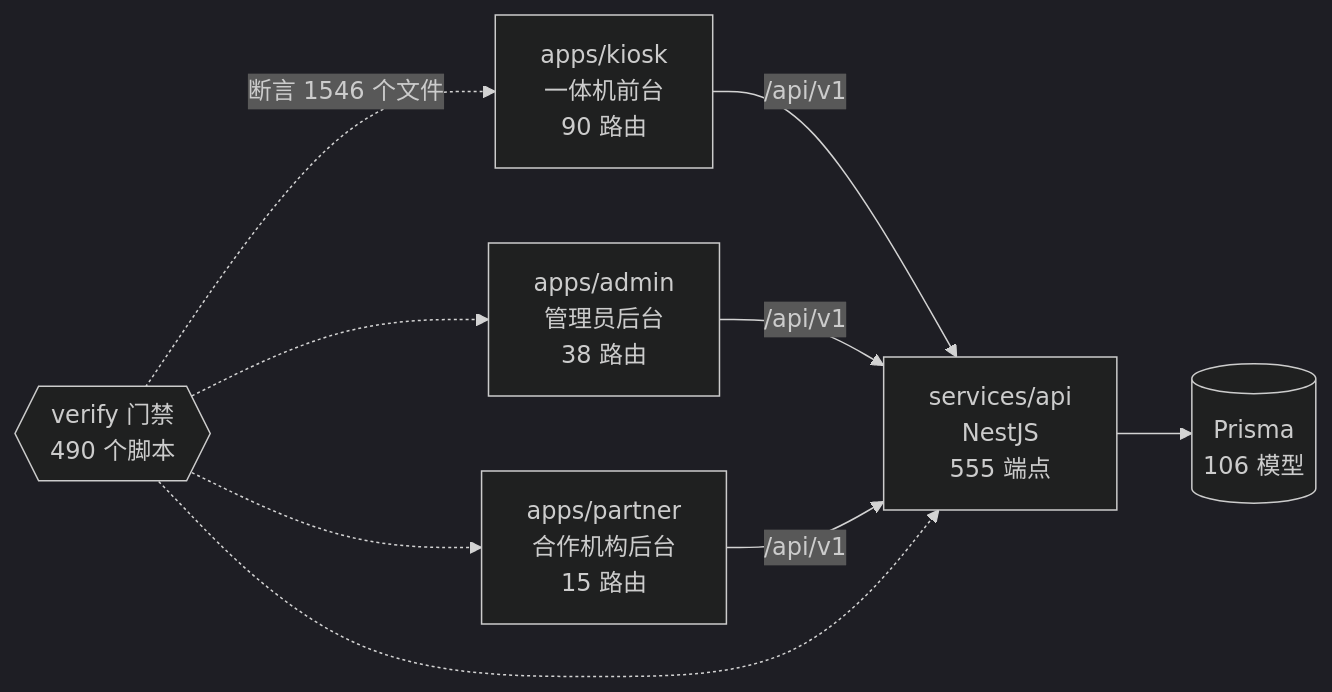
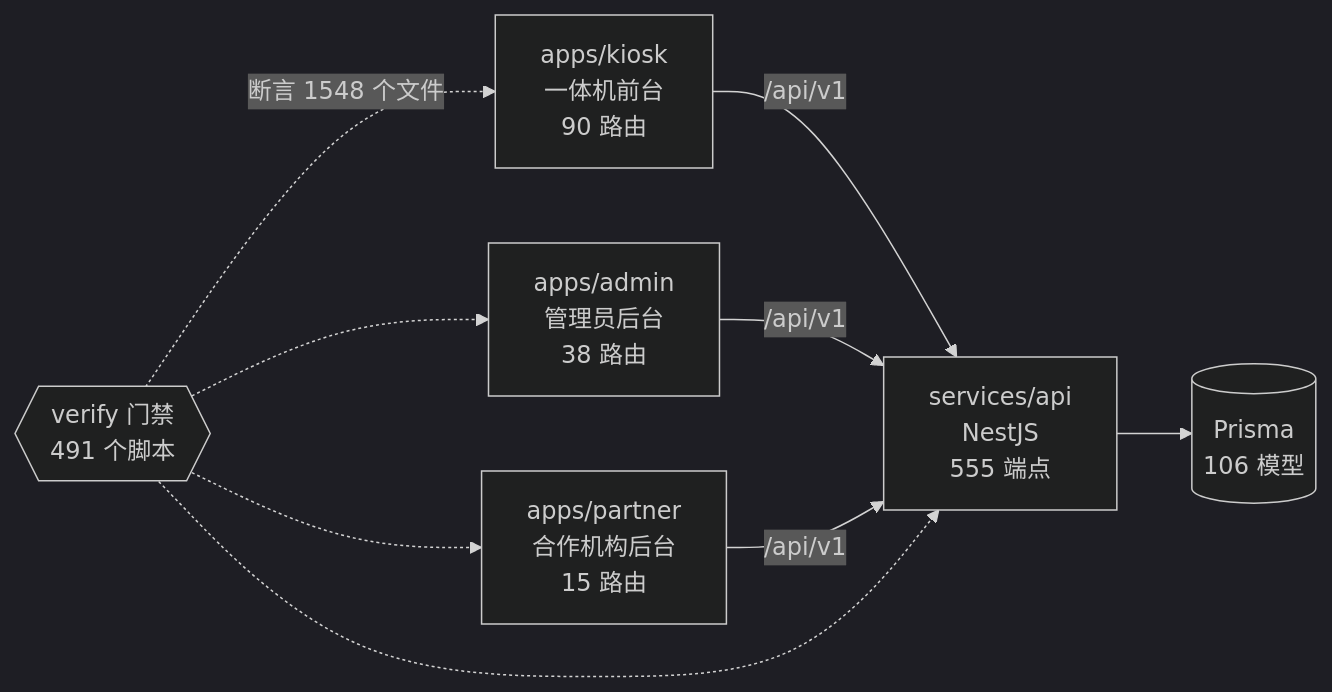
The diagram in docs/graph/README.md (wanglei581/YITIJI), drawn with Mermaid (dark theme) before and after one commit. The commit also changed other lines of this file and 12 other files, not shown here.

````diff
--- a/docs/graph/README.md
+++ b/docs/graph/README.md
@@ -68,18 +68,18 @@
 ```mermaid
 flowchart LR
   kiosk["apps/kiosk<br/>一体机前台<br/>90 路由"]
   admin["apps/admin<br/>管理员后台<br/>38 路由"]
   partner["apps/partner<br/>合作机构后台<br/>15 路由"]
   api["services/api<br/>NestJS<br/>555 端点"]
   db[("Prisma<br/>106 模型")]
-  gates{{"verify 门禁<br/>490 个脚本"}}
+  gates{{"verify 门禁<br/>491 个脚本"}}
 
   kiosk -->|"/api/v1"| api
   admin -->|"/api/v1"| api
   partner -->|"/api/v1"| api
   api --> db
-  gates -.->|"断言 1546 个文件"| kiosk
+  gates -.->|"断言 1548 个文件"| kiosk
   gates -.-> admin
   gates -.-> partner
   gates -.-> api
 ```
````
